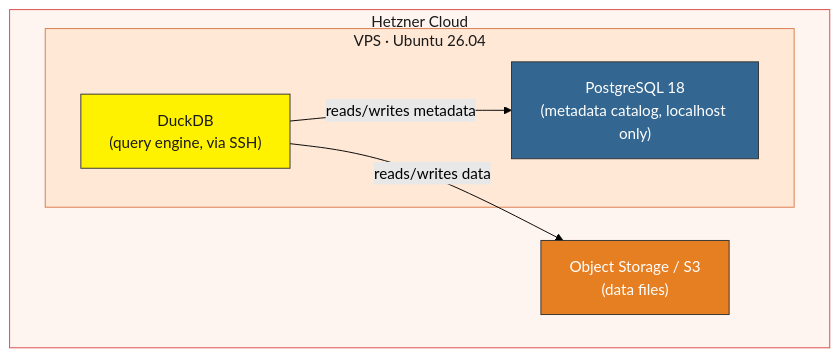
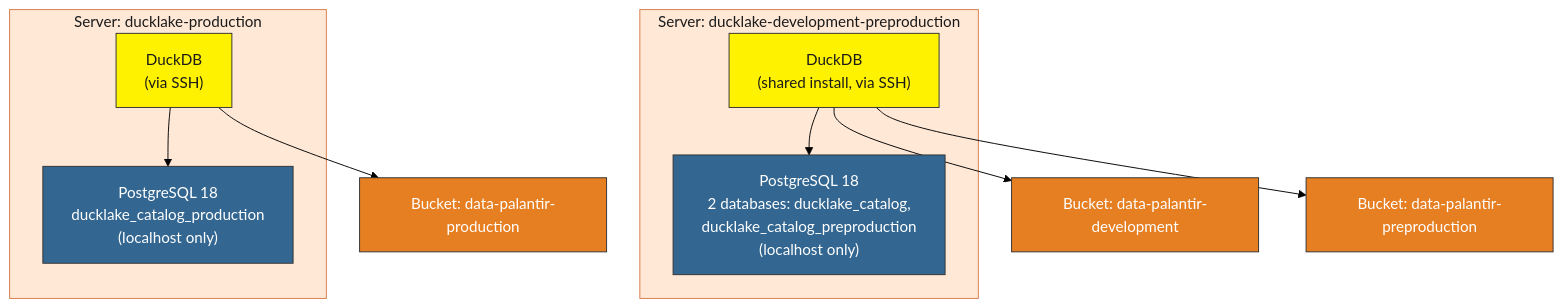
One commit to kamleon-dev/data-ducklake-hetzner changed the diagram in README.md. Above: the diagram before and after it, drawn with Mermaid (forest theme). The commit also changed other lines of this file and 16 other files, not shown here.

First line of the commit message:
Multi-environment support: development/preproduction share a server, production dedicated

````diff
--- a/README.md
+++ b/README.md
@@ -21,19 +23,31 @@
 ```mermaid
 graph TB
-    subgraph hetzner["Hetzner Cloud"]
-        subgraph vps["VPS · Ubuntu 26.04"]
-            DuckDB["DuckDB<br/>(query engine, via SSH)"]
-            PG["PostgreSQL 18<br/>(metadata catalog, localhost only)"]
-        end
-        S3["Object Storage / S3<br/>(data files)"]
+    subgraph server_a["Server: ducklake-development-preproduction"]
+        DuckDB_A["DuckDB<br/>(shared install, via SSH)"]
+        PG_A["PostgreSQL 18<br/>2 databases: ducklake_catalog,<br/>ducklake_catalog_preproduction<br/>(localhost only)"]
     end
+    S3_dev["Bucket: data-palantir-development"]
+    S3_pre["Bucket: data-palantir-preproduction"]
 
-    DuckDB -- "reads/writes metadata" --> PG
-    DuckDB -- "reads/writes data" --> S3
+    subgraph server_b["Server: ducklake-production"]
+        DuckDB_B["DuckDB<br/>(via SSH)"]
+        PG_B["PostgreSQL 18<br/>ducklake_catalog_production<br/>(localhost only)"]
+    end
+    S3_prod["Bucket: data-palantir-production"]
 
-    style hetzner fill:#fff5f0,stroke:#d94a4a,color:#1a1a1a
-    style vps fill:#ffe8d6,stroke:#d97a4a,color:#1a1a1a
-    style DuckDB fill:#fff200,stroke:#333,color:#1a1a1a
-    style PG fill:#336791,stroke:#333,color:#fff
-    style S3 fill:#e67e22,stroke:#333,color:#fff
+    DuckDB_A --> PG_A
+    DuckDB_A --> S3_dev
+    DuckDB_A --> S3_pre
+    DuckDB_B --> PG_B
+    DuckDB_B --> S3_prod
+
+    style server_a fill:#ffe8d6,stroke:#d97a4a,color:#1a1a1a
+    style server_b fill:#ffe8d6,stroke:#d97a4a,color:#1a1a1a
+    style DuckDB_A fill:#fff200,stroke:#333,color:#1a1a1a
+    style DuckDB_B fill:#fff200,stroke:#333,color:#1a1a1a
+    style PG_A fill:#336791,stroke:#333,color:#fff
+    style PG_B fill:#336791,stroke:#333,color:#fff
+    style S3_dev fill:#e67e22,stroke:#333,color:#fff
+    style S3_pre fill:#e67e22,stroke:#333,color:#fff
+    style S3_prod fill:#e67e22,stroke:#333,color:#fff
 ```
````
